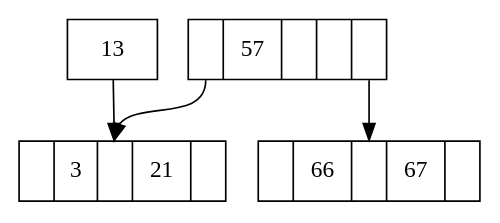
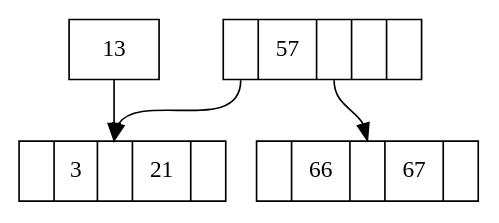
Before and after one commit to svenkeidel/GdI-2-SS2011: the diagram in exercises/09/src/main/dot/btree07.dot, drawn with Graphviz. The commit also changed 15 other files, not shown here.

```diff
--- a/exercises/09/src/main/dot/btree07.dot
+++ b/exercises/09/src/main/dot/btree07.dot
@@ -1,12 +1,12 @@
 digraph g {
 	
 	node [shape = record];
 
 	n1 [label="<l>| 57 |<c>| |<r>"];
 	n2 [label="<l>| 3  |<c>| 21 |<r>"];
 	n3 [label="<l>| 66 |<c>| 67 |<r>"];
 
 	n1:l -> n2:c
-	n1:r -> n3:c
+	n1:c -> n3:c
 	13 -> n2:c
 }
```
